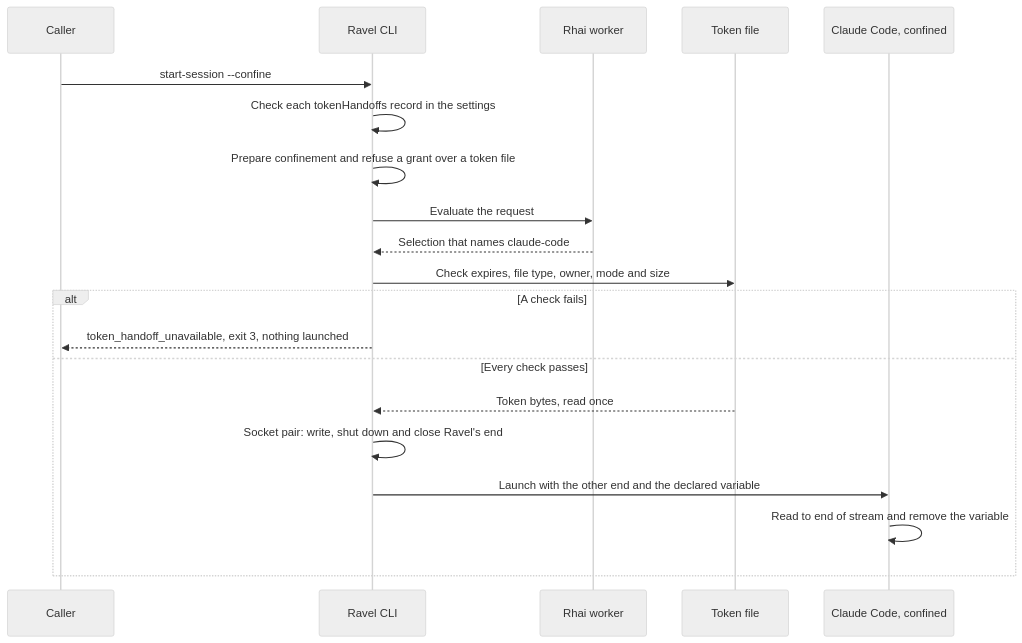
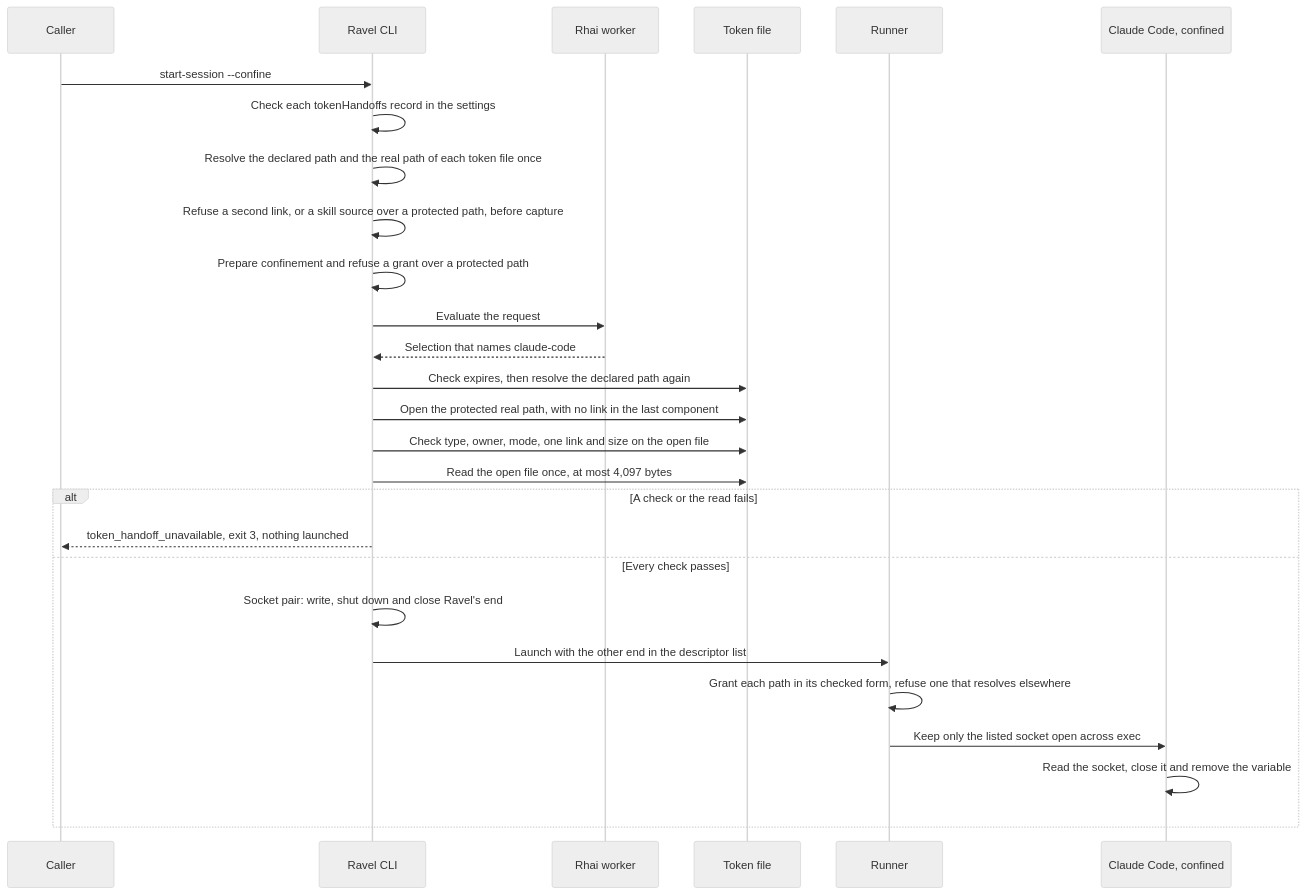
Before and after one commit to Linkuistics/Ravel: the diagram in docs/design/token-handoff/launch.mmd, drawn with Mermaid (neutral theme). The commit also changed 9 other files, not shown here.

Commit message:
Integrate the token handoff design review: bind the read to the protected file, protect token files from skill capture, keep listed sockets through the runner, and scope the output and sign-in claims (ravel-token-handoff-k139)

```diff
--- a/docs/design/token-handoff/launch.mmd
+++ b/docs/design/token-handoff/launch.mmd
@@ -1,20 +1,27 @@
 sequenceDiagram
   participant C as Caller
   participant R as Ravel CLI
   participant W as Rhai worker
   participant F as Token file
+  participant K as Runner
   participant M as Claude Code, confined
   C->>R: start-session --confine
   R->>R: Check each tokenHandoffs record in the settings
-  R->>R: Prepare confinement and refuse a grant over a token file
+  R->>R: Resolve the declared path and the real path of each token file once
+  R->>R: Refuse a second link, or a skill source over a protected path, before capture
+  R->>R: Prepare confinement and refuse a grant over a protected path
   R->>W: Evaluate the request
   W-->>R: Selection that names claude-code
-  R->>F: Check expires, file type, owner, mode and size
-  alt A check fails
+  R->>F: Check expires, then resolve the declared path again
+  R->>F: Open the protected real path, with no link in the last component
+  R->>F: Check type, owner, mode, one link and size on the open file
+  R->>F: Read the open file once, at most 4,097 bytes
+  alt A check or the read fails
     R-->>C: token_handoff_unavailable, exit 3, nothing launched
   else Every check passes
-    F-->>R: Token bytes, read once
     R->>R: Socket pair: write, shut down and close Ravel's end
-    R->>M: Launch with the other end and the declared variable
-    M->>M: Read to end of stream and remove the variable
+    R->>K: Launch with the other end in the descriptor list
+    K->>K: Grant each path in its checked form, refuse one that resolves elsewhere
+    K->>M: Keep only the listed socket open across exec
+    M->>M: Read the socket, close it and remove the variable
   end
```
